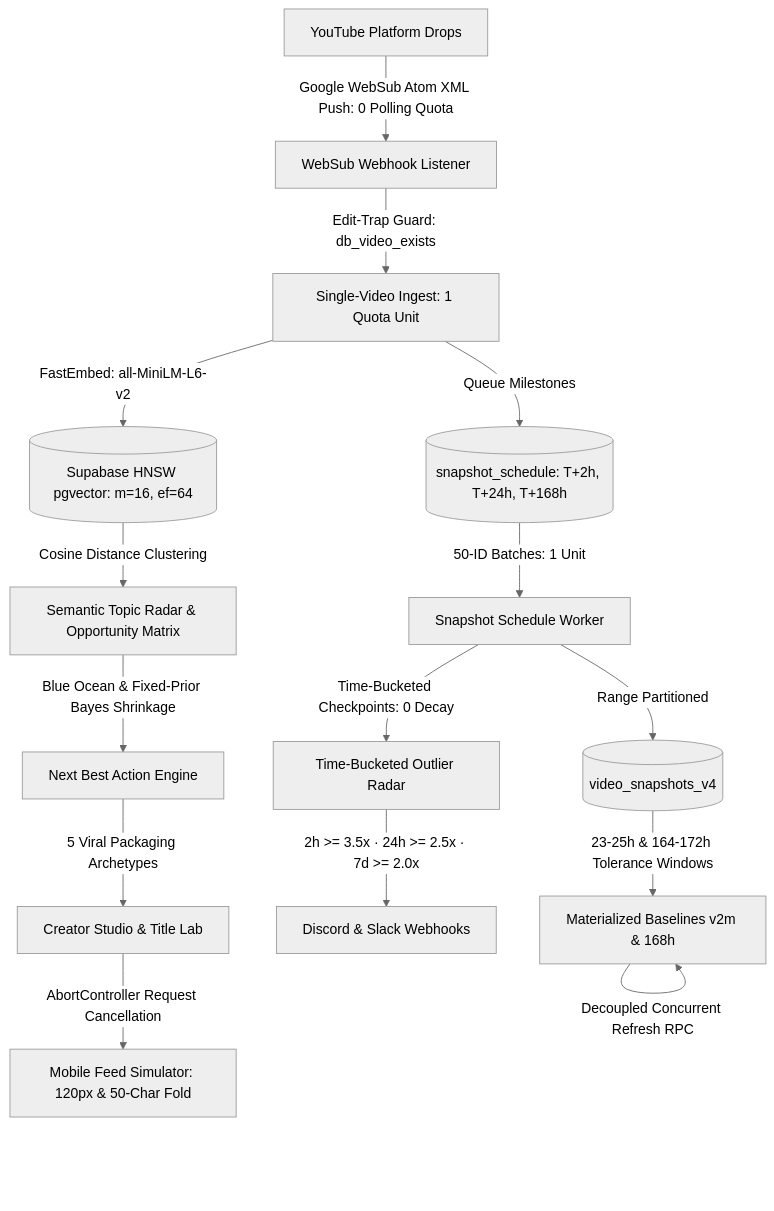
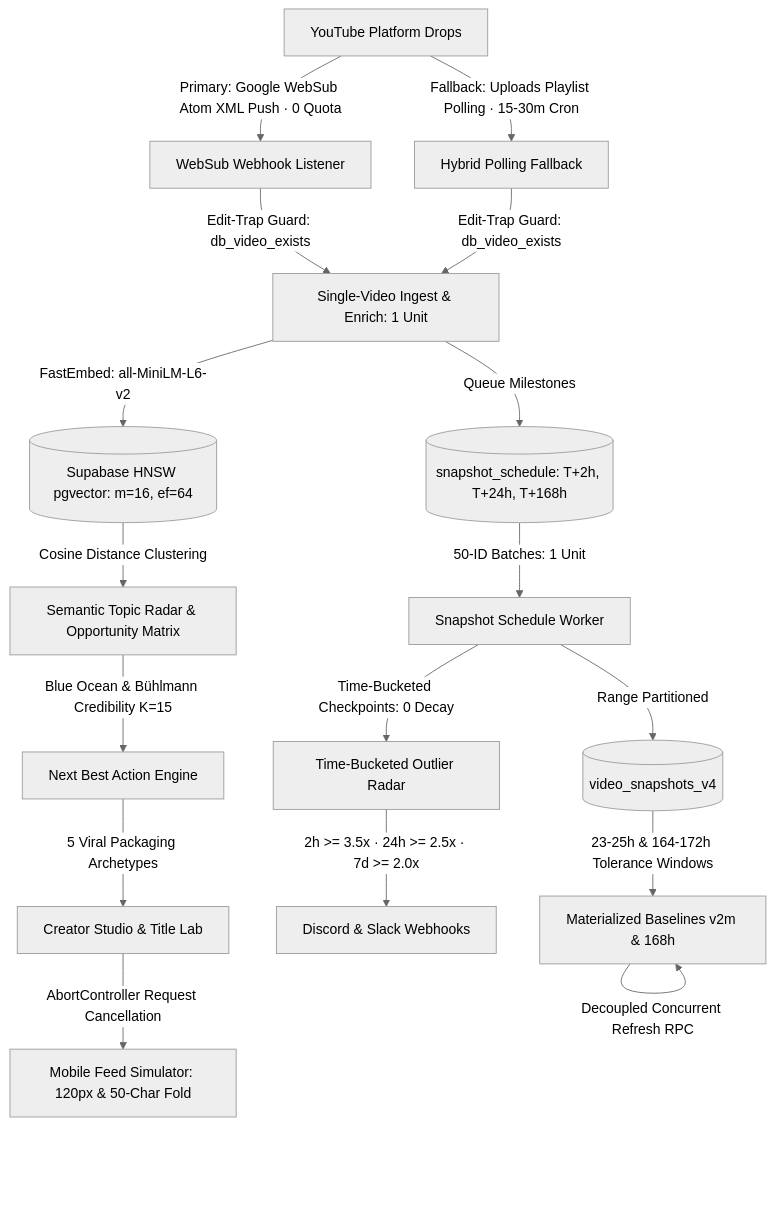
The diagram in README.md (khuzaima175/Youtube-Data-Manager), drawn with Mermaid (neutral theme) before and after one commit. The commit also changed other lines of this file and 3 other files, not shown here.

Commit message:
feat(hybrid-discovery): Add polling fallback for WebSub regressions, recalibrate Bühlmann credibility to K=15 (EPV/VHM ratio), and enforce zero age-decay leak in test suite

````diff
--- a/README.md
+++ b/README.md
@@ -9,17 +9,19 @@
 ```mermaid
 graph TD
-    A[YouTube Platform Drops] -->|Google WebSub Atom XML Push: 0 Polling Quota| B[WebSub Webhook Listener]
-    B -->|Edit-Trap Guard: db_video_exists| C[Single-Video Ingest: 1 Quota Unit]
-    C -->|Queue Milestones| D[(snapshot_schedule: T+2h, T+24h, T+168h)]
-    D -->|50-ID Batches: 1 Unit| E[Snapshot Schedule Worker]
-    E -->|Range Partitioned| F[(video_snapshots_v4)]
-    F -->|23-25h & 164-172h Tolerance Windows| G[Materialized Baselines v2m & 168h]
-    G -->|Decoupled Concurrent Refresh RPC| G
-    E -->|Time-Bucketed Checkpoints: 0 Decay| H[Time-Bucketed Outlier Radar]
-    H -->|2h >= 3.5x · 24h >= 2.5x · 7d >= 2.0x| I[Discord & Slack Webhooks]
-    C -->|FastEmbed: all-MiniLM-L6-v2| J[(Supabase HNSW pgvector: m=16, ef=64)]
-    J -->|Cosine Distance Clustering| K[Semantic Topic Radar & Opportunity Matrix]
-    K -->|Blue Ocean & Fixed-Prior Bayes Shrinkage| L[Next Best Action Engine]
-    L -->|5 Viral Packaging Archetypes| M[Creator Studio & Title Lab]
-    M -->|AbortController Request Cancellation| N[Mobile Feed Simulator: 120px & 50-Char Fold]
+    A[YouTube Platform Drops] -->|Primary: Google WebSub Atom XML Push · 0 Quota| B[WebSub Webhook Listener]
+    A -->|Fallback: Uploads Playlist Polling · 15-30m Cron| C[Hybrid Polling Fallback]
+    B -->|Edit-Trap Guard: db_video_exists| D[Single-Video Ingest & Enrich: 1 Unit]
+    C -->|Edit-Trap Guard: db_video_exists| D
+    D -->|Queue Milestones| E[(snapshot_schedule: T+2h, T+24h, T+168h)]
+    E -->|50-ID Batches: 1 Unit| F[Snapshot Schedule Worker]
+    F -->|Range Partitioned| G[(video_snapshots_v4)]
+    G -->|23-25h & 164-172h Tolerance Windows| H[Materialized Baselines v2m & 168h]
+    H -->|Decoupled Concurrent Refresh RPC| H
+    F -->|Time-Bucketed Checkpoints: 0 Decay| I[Time-Bucketed Outlier Radar]
+    I -->|2h >= 3.5x · 24h >= 2.5x · 7d >= 2.0x| J[Discord & Slack Webhooks]
+    D -->|FastEmbed: all-MiniLM-L6-v2| K[(Supabase HNSW pgvector: m=16, ef=64)]
+    K -->|Cosine Distance Clustering| L[Semantic Topic Radar & Opportunity Matrix]
+    L -->|Blue Ocean & Bühlmann Credibility K=15| M[Next Best Action Engine]
+    M -->|5 Viral Packaging Archetypes| N[Creator Studio & Title Lab]
+    N -->|AbortController Request Cancellation| O[Mobile Feed Simulator: 120px & 50-Char Fold]
 ```
````
